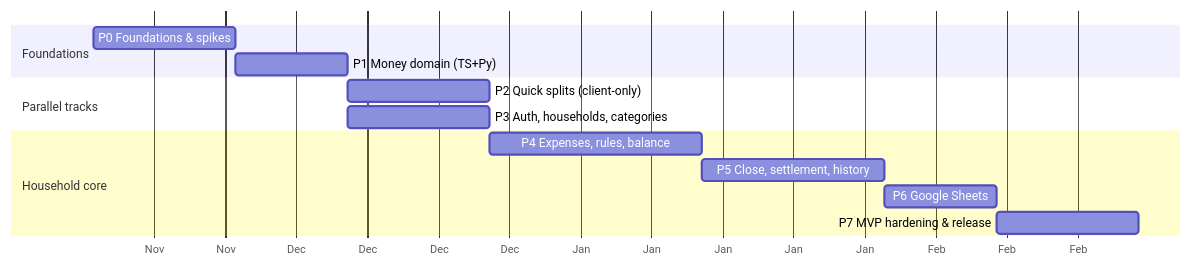
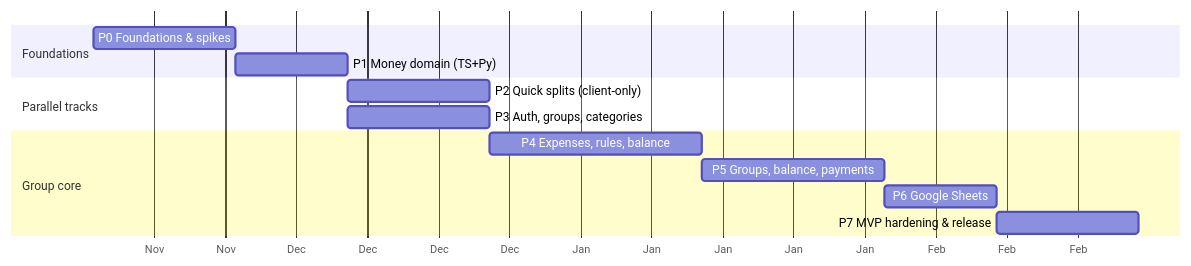
Before and after one commit to Frankovg/split-ranch: the diagram in docs/10-roadmap.md, drawn with Mermaid. The commit also changed other lines of this file and 104 other files, not shown here.

````diff
--- a/docs/10-roadmap.md
+++ b/docs/10-roadmap.md
@@ -5,16 +5,16 @@
 ```mermaid
 gantt
   dateFormat  YYYY-MM-DD
   axisFormat  %b
   section Foundations
   P0 Foundations & spikes        :p0, 2026-11-16, 14d
   P1 Money domain (TS+Py)        :p1, after p0, 11d
   section Parallel tracks
   P2 Quick splits (client-only)  :p2, after p1, 14d
-  P3 Auth, households, categories:p3, after p1, 14d
-  section Household core
+  P3 Auth, groups, categories:p3, after p1, 14d
+  section Group core
   P4 Expenses, rules, balance    :p4, after p3, 21d
-  P5 Close, settlement, history  :p5, after p4, 18d
+  P5 Groups, balance, payments  :p5, after p4, 18d
   P6 Google Sheets               :p6, after p5, 11d
   P7 MVP hardening & release     :p7, after p6, 14d
 ```
````
